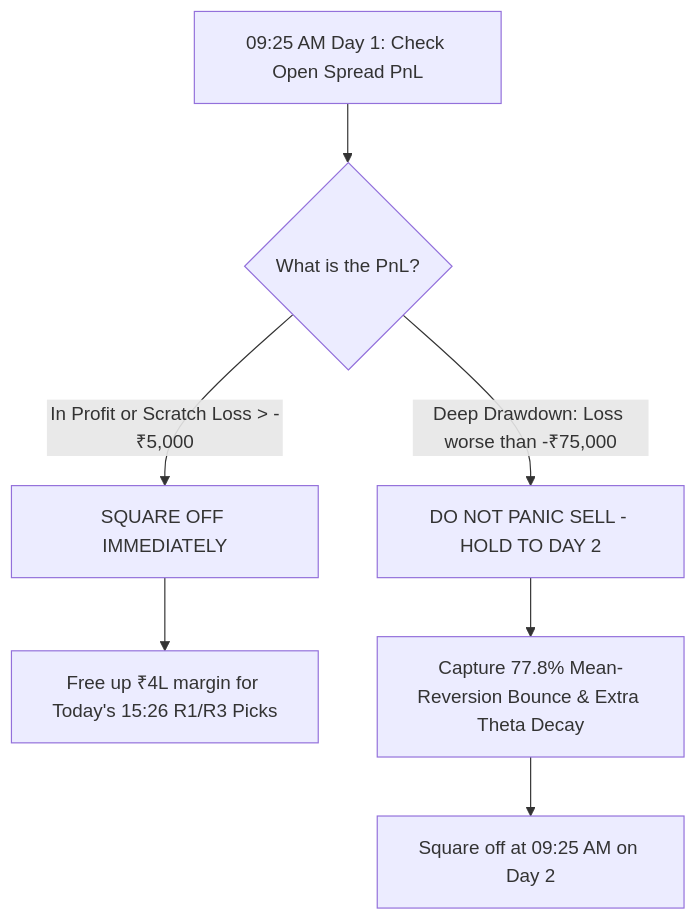
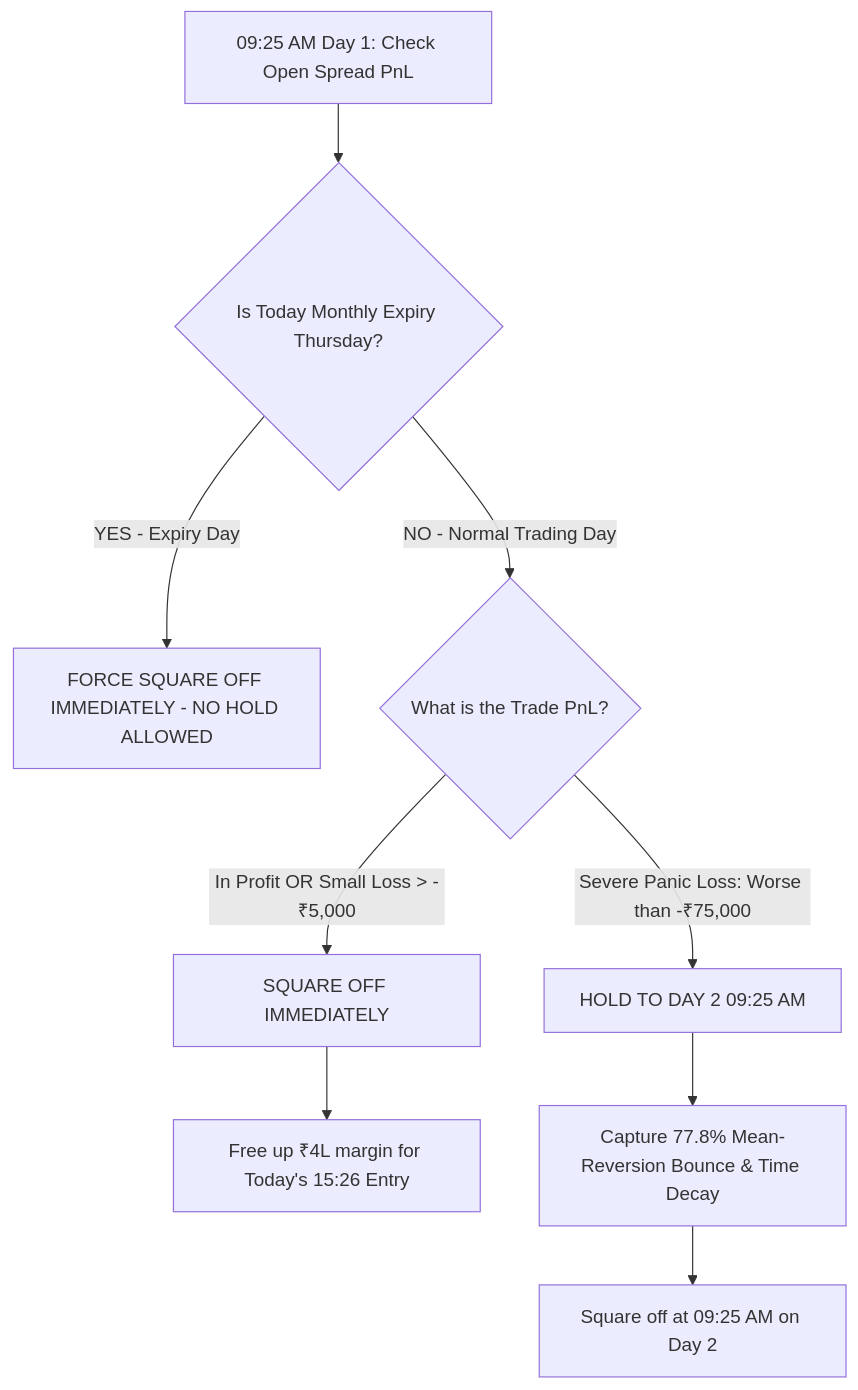
The diagram in FINAL_OPTIONS_SYSTEM/FINAL_ACHIEVEMENTS_AND_DAY2_HOLD_REPORT.md (sarangsukumar/options-sniper), drawn with Mermaid before and after one commit. The commit also changed other lines of this file and 2 other files, not shown here.

Commit message:
Update final achievements report with strict Anti-Expiry Lockout rule, flowchart, and complete path

````diff
--- a/FINAL_OPTIONS_SYSTEM/FINAL_ACHIEVEMENTS_AND_DAY2_HOLD_REPORT.md
+++ b/FINAL_OPTIONS_SYSTEM/FINAL_ACHIEVEMENTS_AND_DAY2_HOLD_REPORT.md
@@ -97,9 +96,11 @@
 ```mermaid
 graph TD
-    A[09:25 AM Day 1: Check Open Spread PnL] --> B{What is the PnL?}
-    B -->|In Profit or Scratch Loss > -₹5,000| C[SQUARE OFF IMMEDIATELY]
-    C --> D[Free up ₹4L margin for Today's 15:26 R1/R3 Picks]
-    B -->|Deep Drawdown: Loss worse than -₹75,000| E[DO NOT PANIC SELL - HOLD TO DAY 2]
-    E --> F[Capture 77.8% Mean-Reversion Bounce & Extra Theta Decay]
-    F --> G[Square off at 09:25 AM on Day 2]
+    A[09:25 AM Day 1: Check Open Spread PnL] --> B{Is Today Monthly Expiry Thursday?}
+    B -->|YES - Expiry Day| C[FORCE SQUARE OFF IMMEDIATELY - NO HOLD ALLOWED]
+    B -->|NO - Normal Trading Day| D{What is the Trade PnL?}
+    D -->|In Profit OR Small Loss > -₹5,000| E[SQUARE OFF IMMEDIATELY]
+    E --> F[Free up ₹4L margin for Today's 15:26 Entry]
+    D -->|Severe Panic Loss: Worse than -₹75,000| G[HOLD TO DAY 2 09:25 AM]
+    G --> H[Capture 77.8% Mean-Reversion Bounce & Time Decay]
+    H --> I[Square off at 09:25 AM on Day 2]
 ```
````
